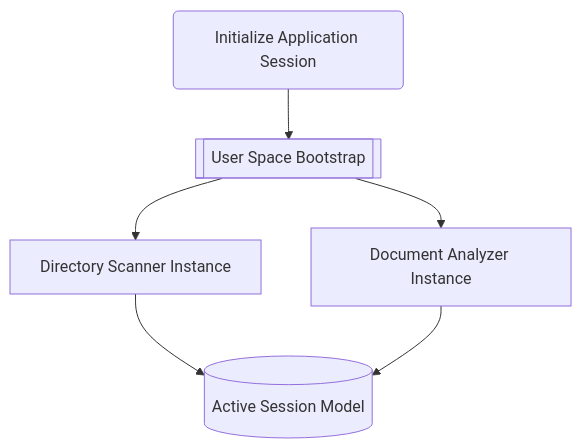
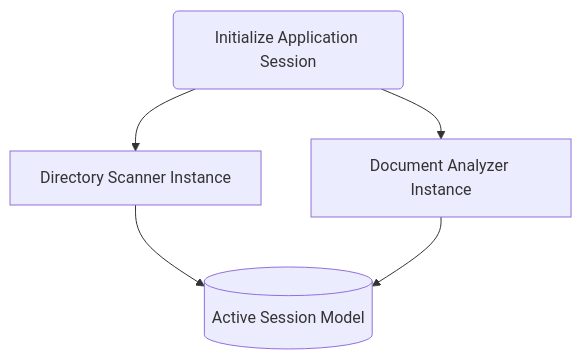
Before and after one commit to fderuiter/sortify: the diagram in docs/assets/diagrams/core_session.mmd, drawn with Mermaid. The commit also changed 42 other files, not shown here.

```diff
--- a/docs/assets/diagrams/core_session.mmd
+++ b/docs/assets/diagrams/core_session.mmd
@@ -1,16 +1,13 @@
 flowchart TD
     start("Initialize Application Session")
-    bootstrap[["User Space Bootstrap"]]
     scanner["Directory Scanner Instance"]
     analyzer["Document Analyzer Instance"]
     state[("Active Session Model")]
-    start --> bootstrap
-    bootstrap --> scanner
-    bootstrap --> analyzer
+    start --> scanner
+    start --> analyzer
     scanner --> state
     analyzer --> state
     click start "docs/api_reference.md#appcoresession" "Session Start"
-    click bootstrap "docs/api_reference.md#appcoreuser_space_bootstrap" "Bootstrap Exec"
     click scanner "docs/api_reference.md#appcorescanner" "Scanner Instance"
     click analyzer "docs/api_reference.md#appcoreanalyzer" "Analyzer Instance"
     click state tooltip "Session Model State"
```
